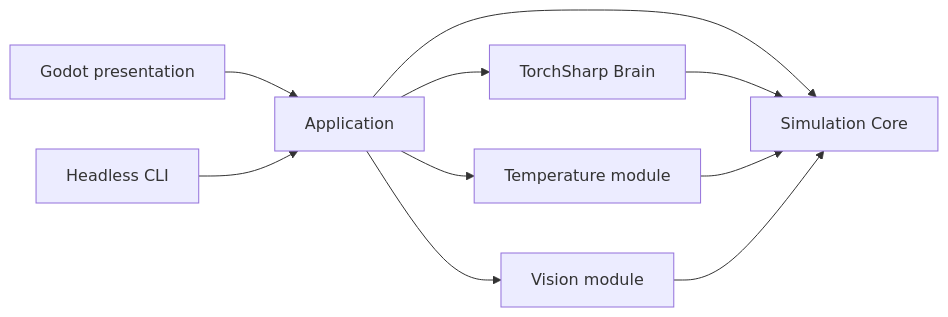
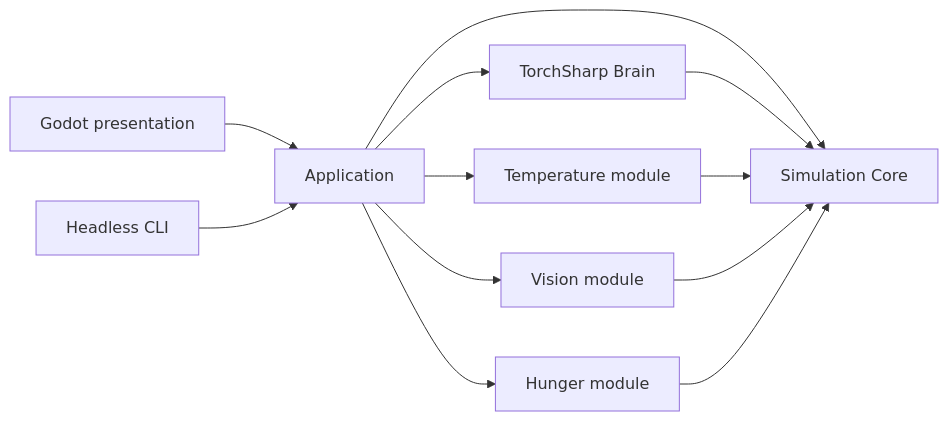
One commit to illya228666/live changed the diagram in README.md. Above: the diagram before and after it, drawn with Mermaid. The commit also changed other lines of this file and 17 other files, not shown here.

````diff
--- a/README.md
+++ b/README.md
@@ -150,12 +151,14 @@
 ```mermaid
 flowchart LR
     Godot[Godot presentation] --> Application
     CLI[Headless CLI] --> Application
     Application --> Core[Simulation Core]
     Application --> Brain[TorchSharp Brain]
     Application --> Temperature[Temperature module]
     Application --> Vision[Vision module]
+    Application --> Hunger[Hunger module]
     Brain --> Core
     Temperature --> Core
     Vision --> Core
+    Hunger --> Core
 ```
````
